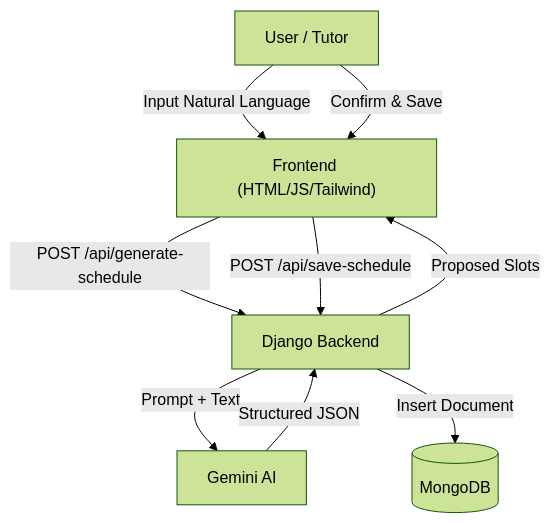
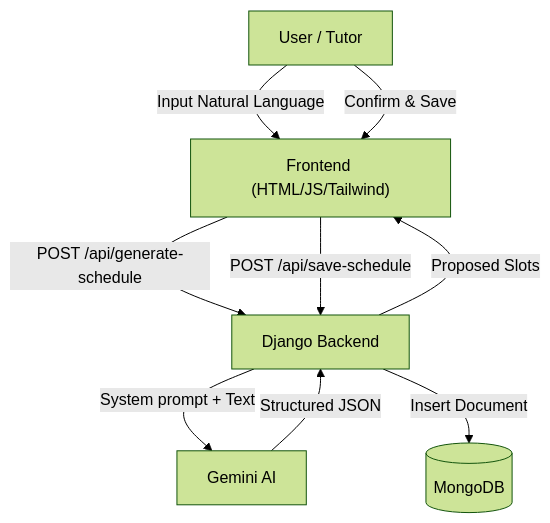
One commit to Abdelrahman-Yasser-Zakaria/Calender-Copilot changed the diagram in README.md. Above: the diagram before and after it, drawn with Mermaid (forest theme). The commit also changed other lines of this file and 1 other file, not shown here.

````diff
--- a/README.md
+++ b/README.md
@@ -17,11 +17,11 @@
 ```mermaid
 graph TD
     User["User / Tutor"] -->|"Input Natural Language"| UI["Frontend (HTML/JS/Tailwind)"]
     UI -->|"POST /api/generate-schedule"| API["Django Backend"]
-    API -->|"Prompt + Text"| AI["Gemini AI"]
+    API -->|"System prompt + Text"| AI["Gemini AI"]
     AI -->|"Structured JSON"| API
     API -->|"Proposed Slots"| UI
     User -->|"Confirm & Save"| UI
     UI -->|"POST /api/save-schedule"| API
     API -->|"Insert Document"| DB[("MongoDB")]
 ```
````
